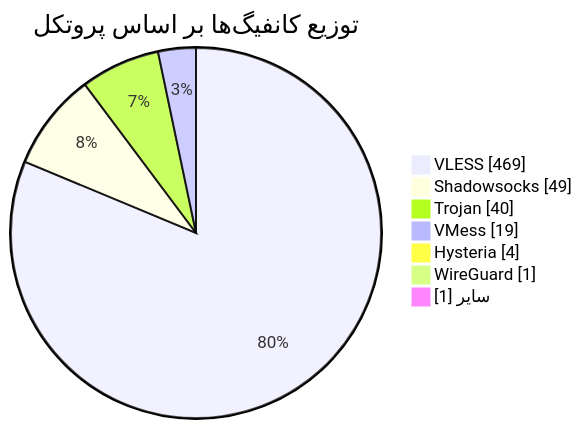
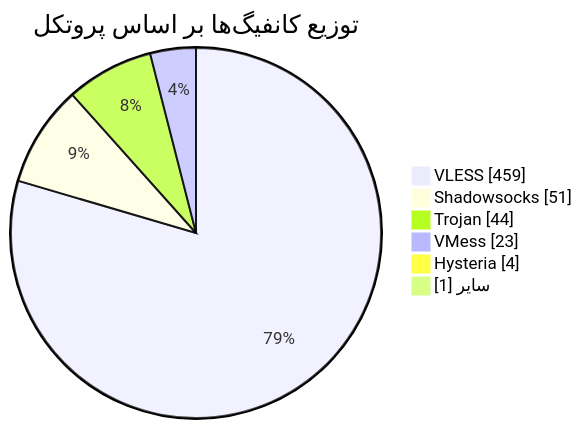
The diagram in README.md (Arian-Alijani/Somthing), drawn with Mermaid before and after one commit. The commit also changed other lines of this file and 17 other files, not shown here.

````diff
--- a/README.md
+++ b/README.md
@@ -49,11 +48,10 @@
 ```mermaid
 pie showData
     title توزیع کانفیگ‌ها بر اساس پروتکل
-    "VLESS" : 469
-    "Shadowsocks" : 49
-    "Trojan" : 40
-    "VMess" : 19
+    "VLESS" : 459
+    "Shadowsocks" : 51
+    "Trojan" : 44
+    "VMess" : 23
     "Hysteria" : 4
-    "WireGuard" : 1
     "سایر" : 1
 ```
````
